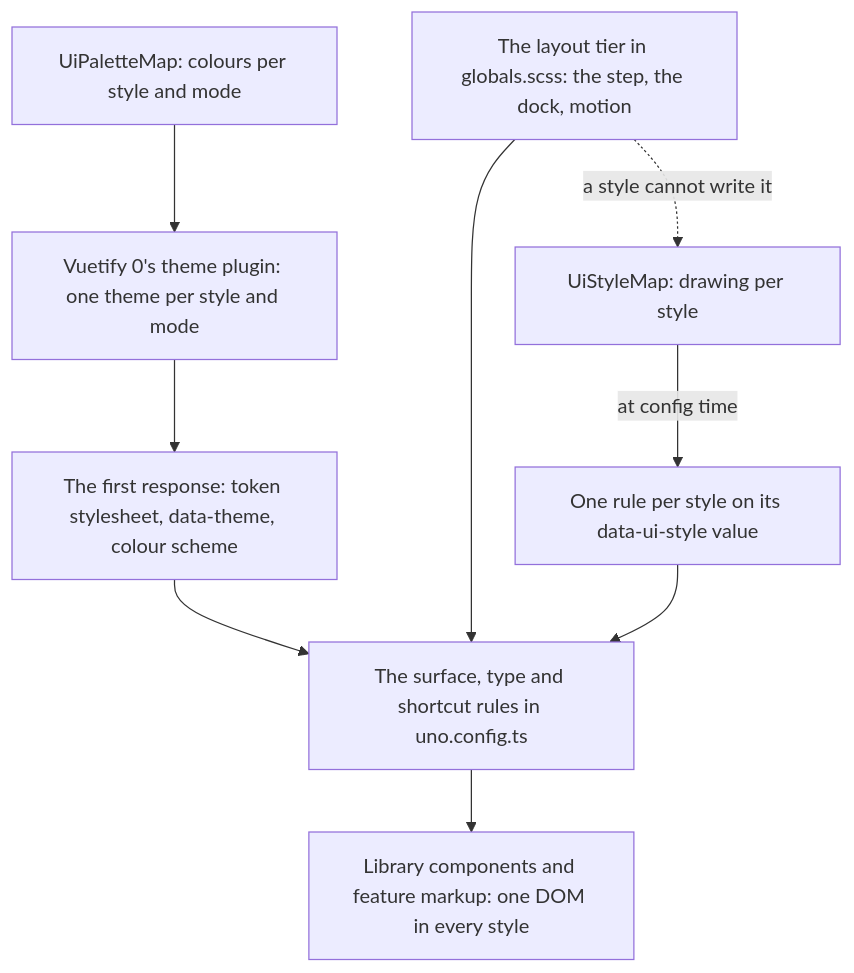
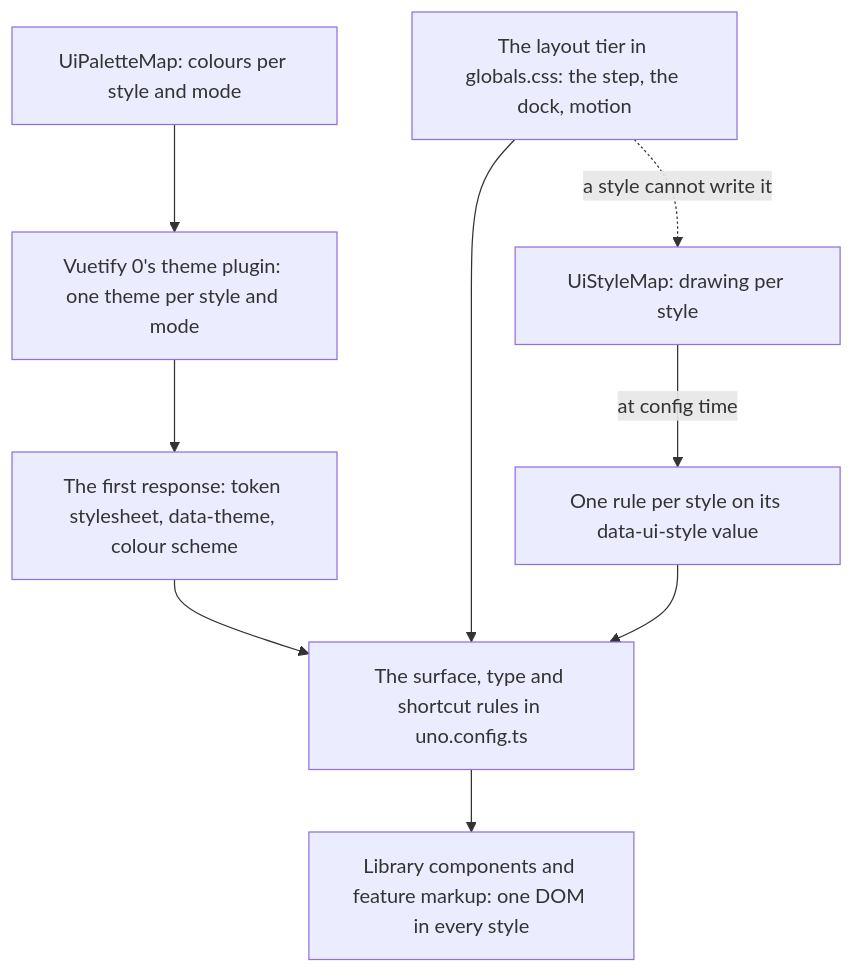
Before and after one commit to Esposter/Esposter: the first of 2 diagrams in apps/web/content/docs/architecture/design-language.md, drawn with Mermaid. The commit also changed other lines of this file and 27 other files, not shown here.

````diff
--- a/apps/web/content/docs/architecture/design-language.md
+++ b/apps/web/content/docs/architecture/design-language.md
@@ -10,11 +10,11 @@
 ```mermaid
 flowchart TD
   P[UiPaletteMap: colours per style and mode] --> TP[Vuetify 0's theme plugin: one theme per style and mode]
   S[UiStyleMap: drawing per style] -->|at config time| SR[One rule per style on its data-ui-style value]
-  L[The layout tier in globals.scss: the step, the dock, motion] --> R
+  L[The layout tier in globals.css: the step, the dock, motion] --> R
   TP --> H[The first response: token stylesheet, data-theme, colour scheme]
   H --> R[The surface, type and shortcut rules in uno.config.ts]
   SR --> R
   R --> C[Library components and feature markup: one DOM in every style]
   L -.->|a style cannot write it| S
 ```
````
